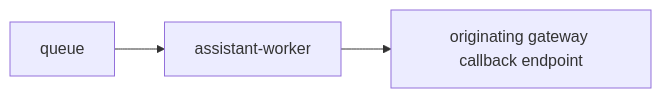
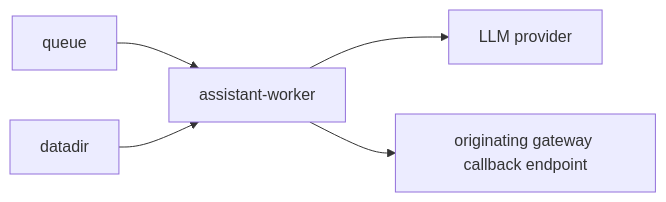
The first of 4 diagrams in docs/services/assistant-worker.md (vinitu/my-concierge), drawn with Mermaid before and after one commit. The commit also changed other lines of this file, not shown here.

Commit message:
feat: enhance assistant-worker documentation with detailed processing flows and responsibilities

````diff
--- a/docs/services/assistant-worker.md
+++ b/docs/services/assistant-worker.md
@@ -17,5 +26,7 @@
 ```mermaid
 flowchart LR
     Q["queue"] --> Worker["assistant-worker"]
+    Datadir["datadir"] --> Worker
+    Worker --> LLM["LLM provider"]
     Worker --> GW["originating gateway callback endpoint"]
 ```
````
